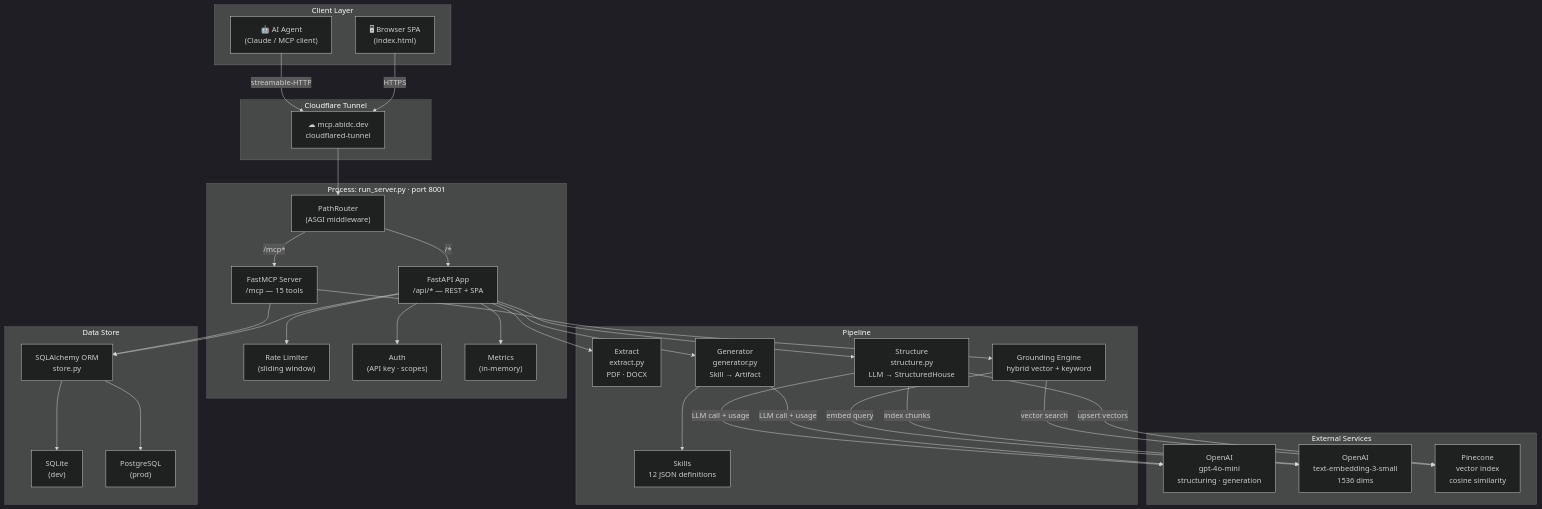
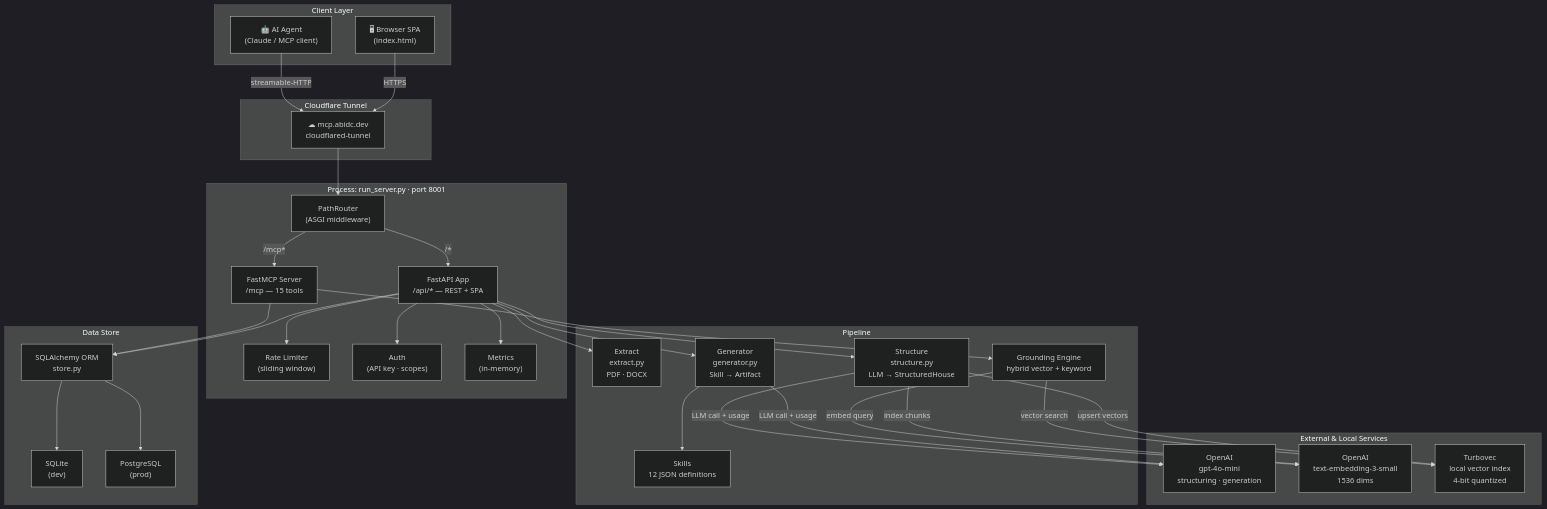
Before and after one commit to abidc/msgstack: the first of 2 diagrams in docs/ARCHITECTURE.md, drawn with Mermaid (dark theme). The commit also changed other lines of this file and 6 other files, not shown here.

````diff
--- a/docs/ARCHITECTURE.md
+++ b/docs/ARCHITECTURE.md
@@ -580,64 +585,64 @@
 ```mermaid
 graph TB
     subgraph CLIENT["Client Layer"]
         BROWSER["🖥 Browser SPA\n(index.html)"]
         AGENT["🤖 AI Agent\n(Claude / MCP client)"]
     end
 
     subgraph TUNNEL["Cloudflare Tunnel"]
         CF["☁ mcp.abidc.dev\ncloudflared-tunnel"]
     end
 
     subgraph PROCESS["Process: run_server.py · port 8001"]
         ROUTER["PathRouter\n(ASGI middleware)"]
         FASTMCP["FastMCP Server\n/mcp — 15 tools"]
         FASTAPI["FastAPI App\n/api/* — REST + SPA"]
         RATELIMIT["Rate Limiter\n(sliding window)"]
         AUTH["Auth\n(API key · scopes)"]
         METRICS["Metrics\n(in-memory)"]
     end
 
     subgraph PIPELINE["Pipeline"]
         EXTRACT["Extract\nextract.py\nPDF · DOCX"]
         STRUCTURE["Structure\nstructure.py\nLLM → StructuredHouse"]
         GENERATOR["Generator\ngenerator.py\nSkill → Artifact"]
         SKILLS["Skills\n12 JSON definitions"]
         GROUNDING["Grounding Engine\nhybrid vector + keyword"]
     end
 
     subgraph STORE["Data Store"]
         DB["SQLAlchemy ORM\nstore.py"]
         SQLITE["SQLite\n(dev)"]
         POSTGRES["PostgreSQL\n(prod)"]
     end
 
-    subgraph EXTERNAL["External Services"]
+    subgraph EXTERNAL["External & Local Services"]
         OPENAI_STRUCT["OpenAI\ngpt-4o-mini\nstructuring · generation"]
         OPENAI_EMBED["OpenAI\ntext-embedding-3-small\n1536 dims"]
-        PINECONE["Pinecone\nvector index\ncosine similarity"]
+        TURBOVEC["Turbovec\nlocal vector index\n4-bit quantized"]
     end
 
     AGENT -->|streamable-HTTP| CF
     BROWSER -->|HTTPS| CF
     CF --> ROUTER
     ROUTER -->|/mcp*| FASTMCP
     ROUTER -->|/*| FASTAPI
     FASTAPI --> RATELIMIT
     FASTAPI --> AUTH
     FASTAPI --> METRICS
     FASTMCP --> GROUNDING
     FASTMCP --> DB
     FASTAPI --> EXTRACT
     FASTAPI --> STRUCTURE
     FASTAPI --> GENERATOR
     FASTAPI --> DB
     GENERATOR --> SKILLS
     STRUCTURE -->|LLM call + usage| OPENAI_STRUCT
     GENERATOR -->|LLM call + usage| OPENAI_STRUCT
     GROUNDING -->|embed query| OPENAI_EMBED
-    GROUNDING -->|vector search| PINECONE
+    GROUNDING -->|vector search| TURBOVEC
     STRUCTURE -->|index chunks| OPENAI_EMBED
-    STRUCTURE -->|upsert vectors| PINECONE
+    STRUCTURE -->|upsert vectors| TURBOVEC
     DB --> SQLITE
     DB --> POSTGRES
 ```
````
